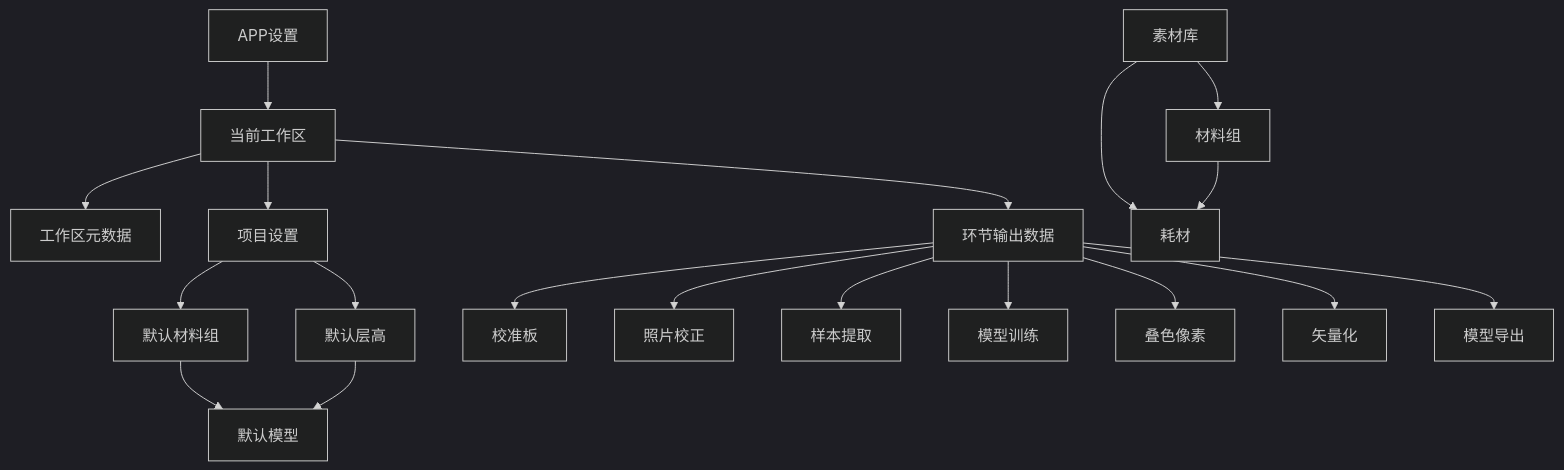
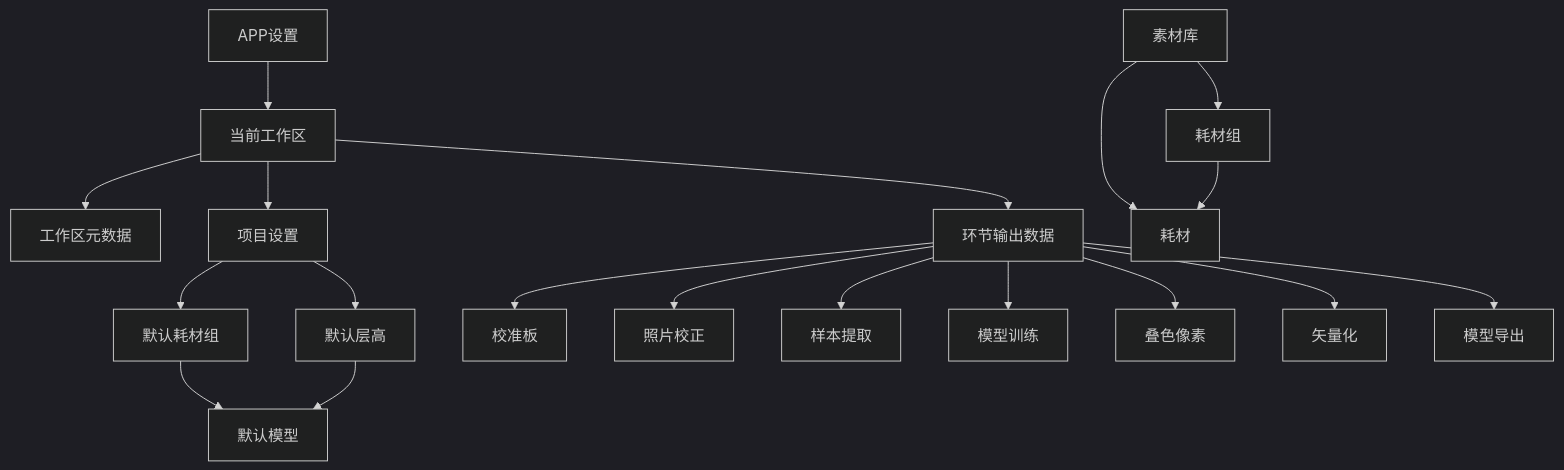
One commit to UniverseEmbedded/OpenColor changed the diagram in doc/web-ui/04-data-structures.md. Above: the diagram before and after it, drawn with Mermaid (dark theme). The commit also changed other lines of this file and 140 other files, not shown here.

````diff
--- a/doc/web-ui/04-data-structures.md
+++ b/doc/web-ui/04-data-structures.md
@@ -231,20 +231,20 @@
 ```mermaid
 flowchart TD
     A[APP设置] --> B[当前工作区]
     B --> C[工作区元数据]
     B --> D[项目设置]
-    D --> E[默认材料组]
+    D --> E[默认耗材组]
     D --> F[默认层高]
     E & F --> G[默认模型]
     B --> H[环节输出数据]
     H --> H1[校准板]
     H --> H2[照片校正]
     H --> H3[样本提取]
     H --> H4[模型训练]
     H --> H5[叠色像素]
     H --> H6[矢量化]
     H --> H7[模型导出]
-    I[素材库] --> J[材料组]
+    I[素材库] --> J[耗材组]
     I --> K[耗材]
     J --> K
 ```
````
